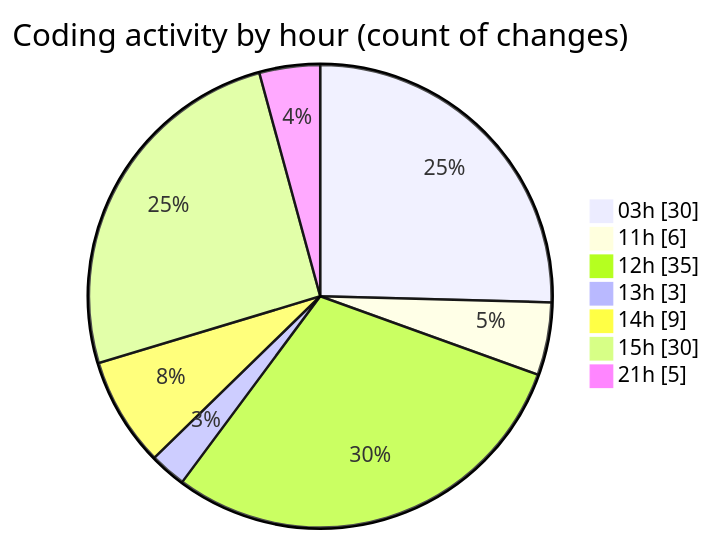
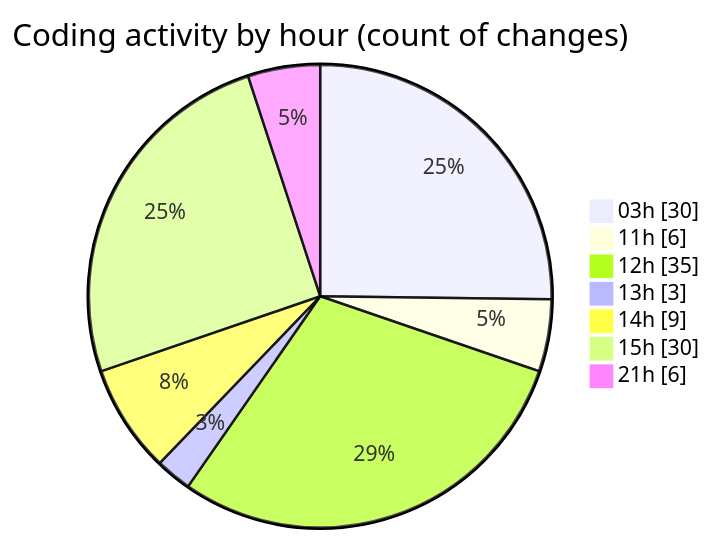
Before and after one commit to lephambinh05/code-tracking: the second of 2 diagrams in 2025-09-13/napxuvn/README.md, drawn with Mermaid. The commit also changed other lines of this file and 1 other file, not shown here.

````diff
--- a/2025-09-13/napxuvn/README.md
+++ b/2025-09-13/napxuvn/README.md
@@ -76,11 +77,11 @@
 ```mermaid
 pie showData
 title Coding activity by hour (count of changes)
 "03h" : 30
 "11h" : 6
 "12h" : 35
 "13h" : 3
 "14h" : 9
 "15h" : 30
-"21h" : 5
+"21h" : 6
 ```
````
